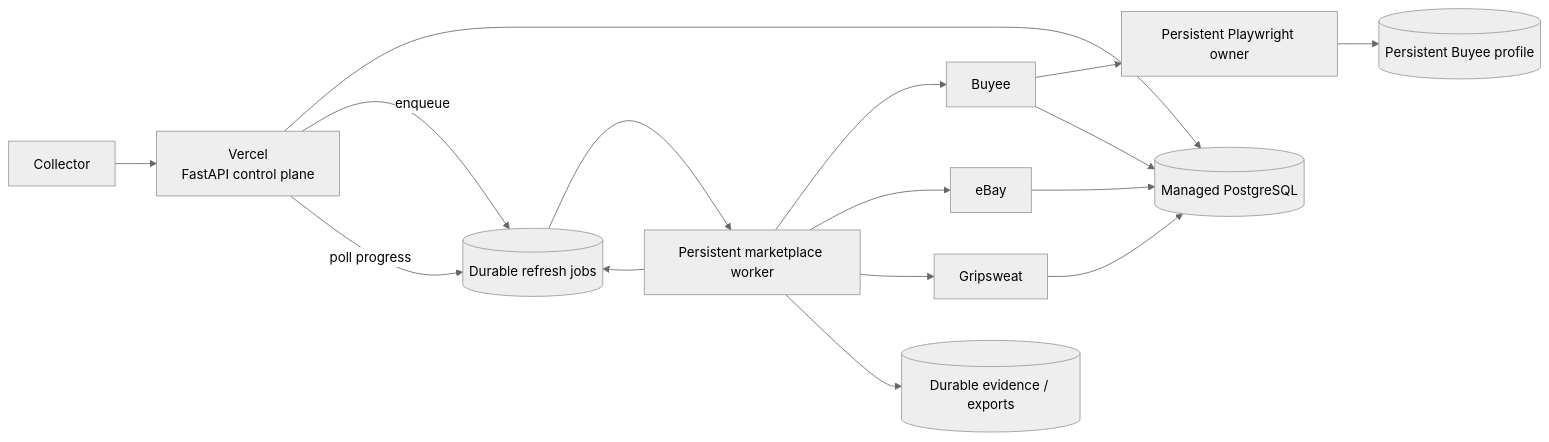
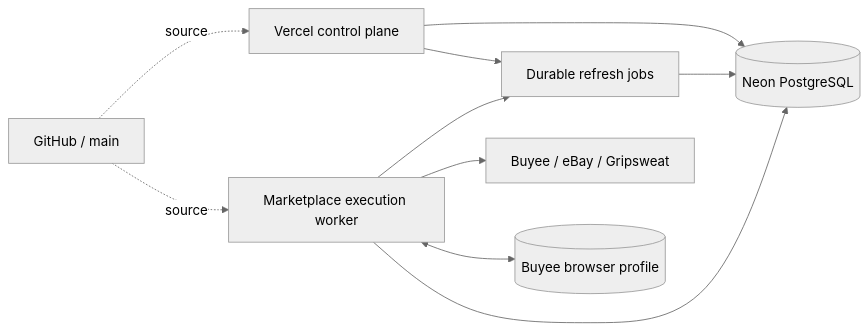
Before and after one commit to TomWang22/auction-etl: the second of 2 diagrams in README.md, drawn with Mermaid (neutral theme). The commit also changed other lines of this file and 2 other files, not shown here.

Commit message:
docs: finalize Collector Ledger architecture

````diff
--- a/README.md
+++ b/README.md
@@ -235,18 +288,22 @@
 ```mermaid
 flowchart LR
-    User["Collector"] --> Vercel["Vercel<br/>FastAPI control plane"]
-    Vercel --> DB[("Managed PostgreSQL")]
-    Vercel -->|"enqueue"| Jobs[("Durable refresh jobs")]
-    Jobs --> Worker["Persistent marketplace worker"]
-    Worker --> Buyee["Buyee"]
-    Worker --> Ebay["eBay"]
-    Worker --> Grip["Gripsweat"]
-    Buyee --> Owner["Persistent Playwright owner"]
-    Owner --> Volume[("Persistent Buyee profile")]
-    Buyee --> DB
-    Ebay --> DB
-    Grip --> DB
+    Git["GitHub / main"]
+    Vercel["Vercel control plane"]
+    Neon[("Neon PostgreSQL")]
+    Jobs["Durable refresh jobs"]
+    Worker["Marketplace execution worker"]
+    Sources["Buyee / eBay / Gripsweat"]
+    Profile[("Buyee browser profile")]
+
+    Git -. source .-> Vercel
+    Git -. source .-> Worker
+
+    Vercel --> Neon
+    Vercel --> Jobs
+    Jobs --> Neon
+
     Worker --> Jobs
-    Worker --> Evidence[("Durable evidence / exports")]
-    Vercel -->|"poll progress"| Jobs
+    Worker --> Sources
+    Worker <--> Profile
+    Worker --> Neon
 ```
````
